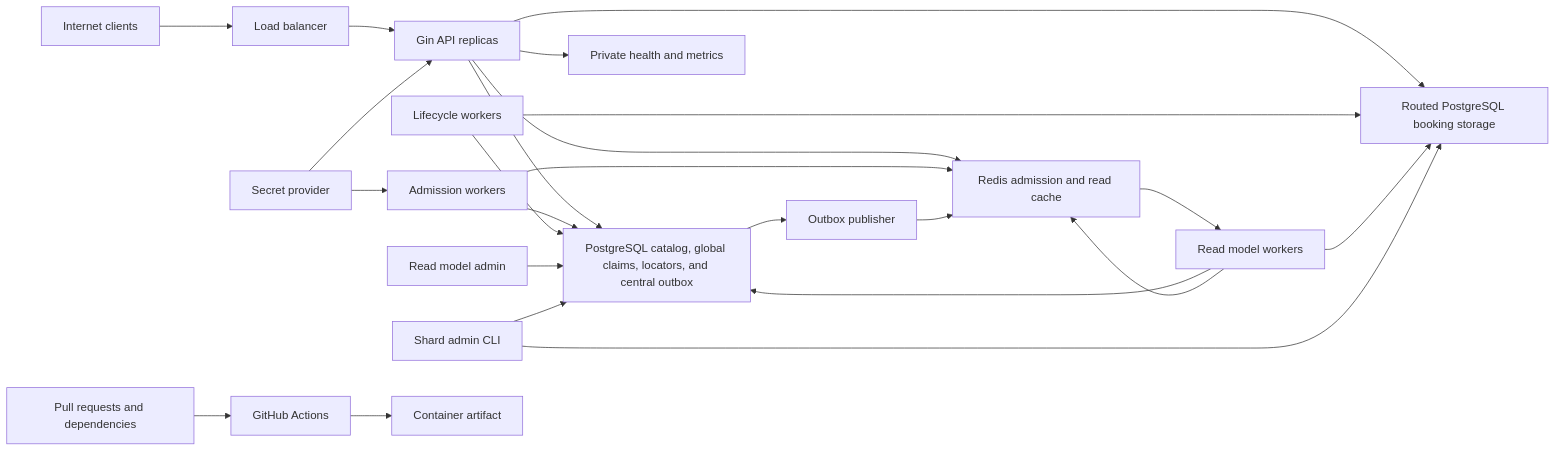
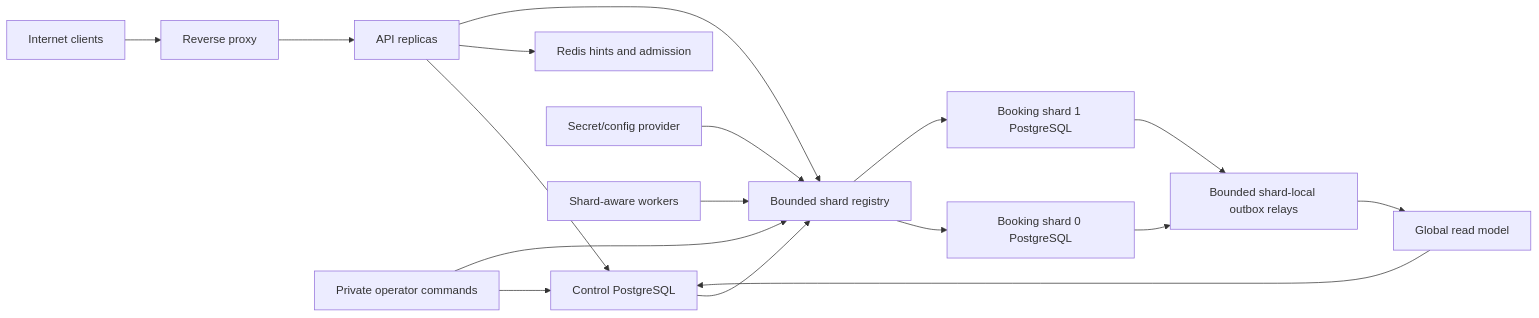
The diagram in docs/security-threat-model.md (Neura-Shadow/Scalable-Railway-Ticketing-Platform), drawn with Mermaid before and after one commit. The commit also changed other lines of this file and 10 other files, not shown here.

````diff
--- a/docs/security-threat-model.md
+++ b/docs/security-threat-model.md
@@ -117,26 +57,19 @@
 ```mermaid
 flowchart LR
-    U["Internet clients"] --> L["Load balancer"]
-    L --> A["Gin API replicas"]
-    A --> Ctl["PostgreSQL catalog, global claims, locators, and central outbox"]
-    A --> P["Routed PostgreSQL booking storage"]
-    A --> R["Redis admission and read cache"]
-    K["Secret provider"] --> A
-    K --> W["Admission workers"]
-    W --> Ctl
-    W --> R
-    X["Lifecycle workers"] --> Ctl
-    X --> P
-    Ctl --> O["Outbox publisher"]
-    O --> R
-    R --> Q["Read model workers"]
-    Q --> Ctl
-    Q --> P
-    Q --> R
-    D["Read model admin"] --> Ctl
-    S["Shard admin CLI"] --> Ctl
-    S --> P
-    A --> M["Private health and metrics"]
-    C["Pull requests and dependencies"] --> CI["GitHub Actions"]
-    CI --> I["Container artifact"]
+    U["Internet clients"] --> L["Reverse proxy"]
+    L --> A["API replicas"]
+    A --> C["Control PostgreSQL"]
+    A --> R["Redis hints and admission"]
+    C --> G["Bounded shard registry"]
+    K["Secret/config provider"] --> G
+    G --> S0["Booking shard 0 PostgreSQL"]
+    G --> S1["Booking shard 1 PostgreSQL"]
+    A --> G
+    W["Shard-aware workers"] --> G
+    O["Private operator commands"] --> C
+    O --> G
+    S0 --> E["Bounded shard-local outbox relays"]
+    S1 --> E
+    E --> P["Global read model"]
+    P --> C
 ```
````
